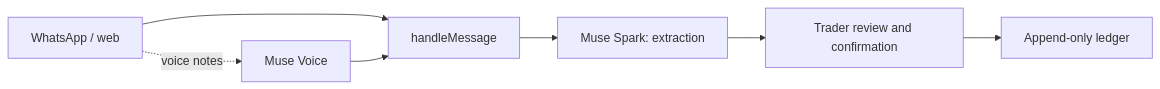
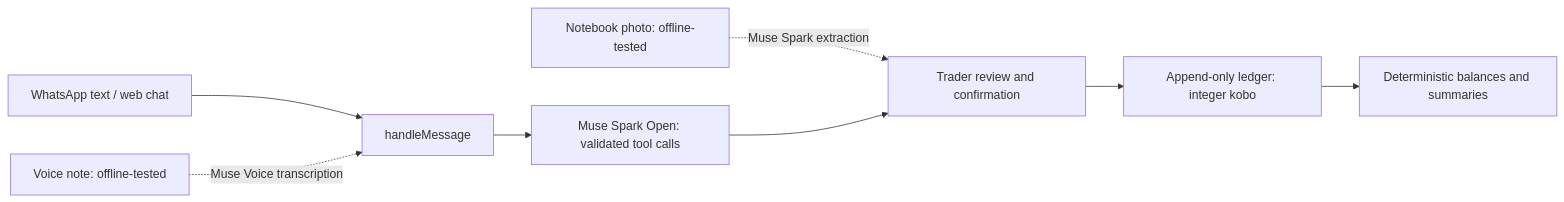
Before and after one commit to emmaGH1/kobo: the diagram in README.md, drawn with Mermaid. The commit also changed other lines of this file and 1 other file, not shown here.

````diff
--- a/README.md
+++ b/README.md
@@ -45,9 +44,10 @@
 ```mermaid
 flowchart LR
-    W[WhatsApp / web] --> H[handleMessage]
-    W -. voice notes .-> V[Muse Voice]
-    V --> H
-    H --> S[Muse Spark: extraction]
-    S --> R[Trader review and confirmation]
-    R --> L[Append-only ledger]
+  W[WhatsApp text / web chat] --> H[handleMessage]
+  V[Voice note: offline-tested] -. Muse Voice transcription .-> H
+  N[Notebook photo: offline-tested] -. Muse Spark extraction .-> R
+  H --> S[Muse Spark Open: validated tool calls]
+  S --> R[Trader review and confirmation]
+  R --> L[Append-only ledger: integer kobo]
+  L --> C[Deterministic balances and summaries]
 ```
````
